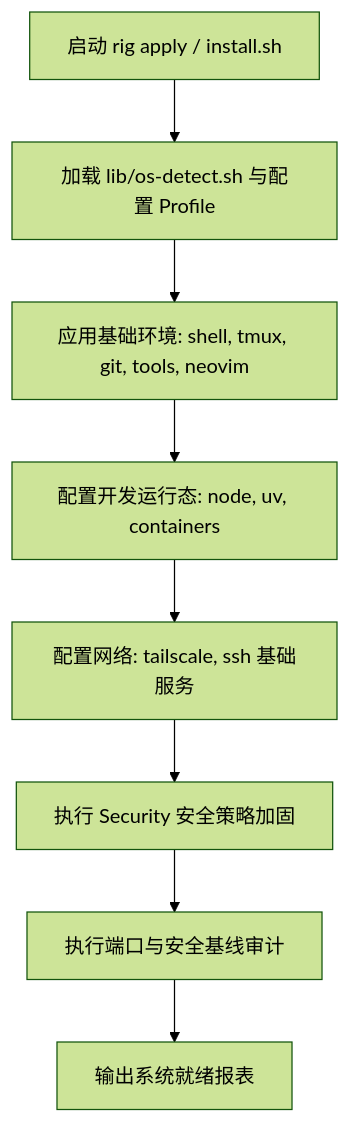
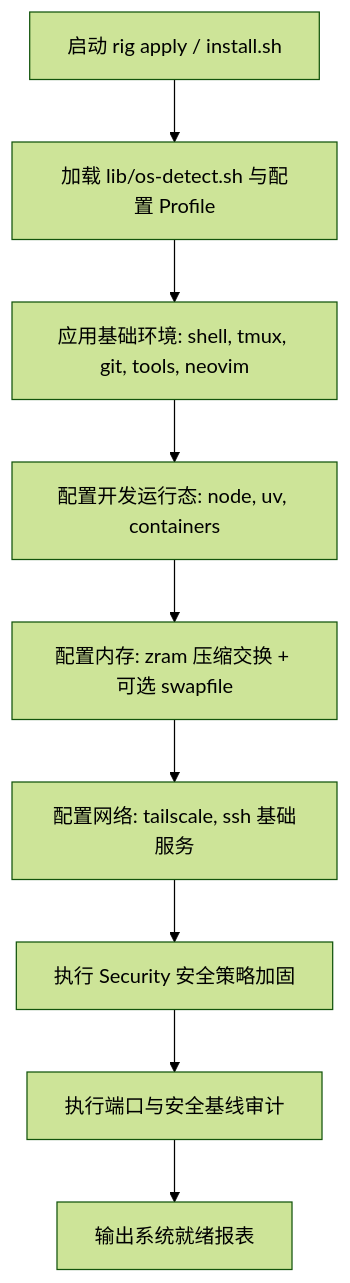
One commit to DieRingedesSaturn/rig changed the first of 4 diagrams in AGENTS.md. Above: the diagram before and after it, drawn with Mermaid (forest theme). The commit also changed other lines of this file and 18 other files, not shown here.

````diff
--- a/AGENTS.md
+++ b/AGENTS.md
@@ -61,10 +64,11 @@
 ```mermaid
 flowchart TD
     A[启动 rig apply / install.sh] --> B[加载 lib/os-detect.sh 与配置 Profile]
     B --> C[应用基础环境: shell, tmux, git, tools, neovim]
     C --> D[配置开发运行态: node, uv, containers]
-    D --> E[配置网络: tailscale, ssh 基础服务]
+    D --> D2[配置内存: zram 压缩交换 + 可选 swapfile]
+    D2 --> E[配置网络: tailscale, ssh 基础服务]
     E --> F[执行 Security 安全策略加固]
     F --> G[执行端口与安全基线审计]
     G --> H[输出系统就绪报表]
 ```
````
